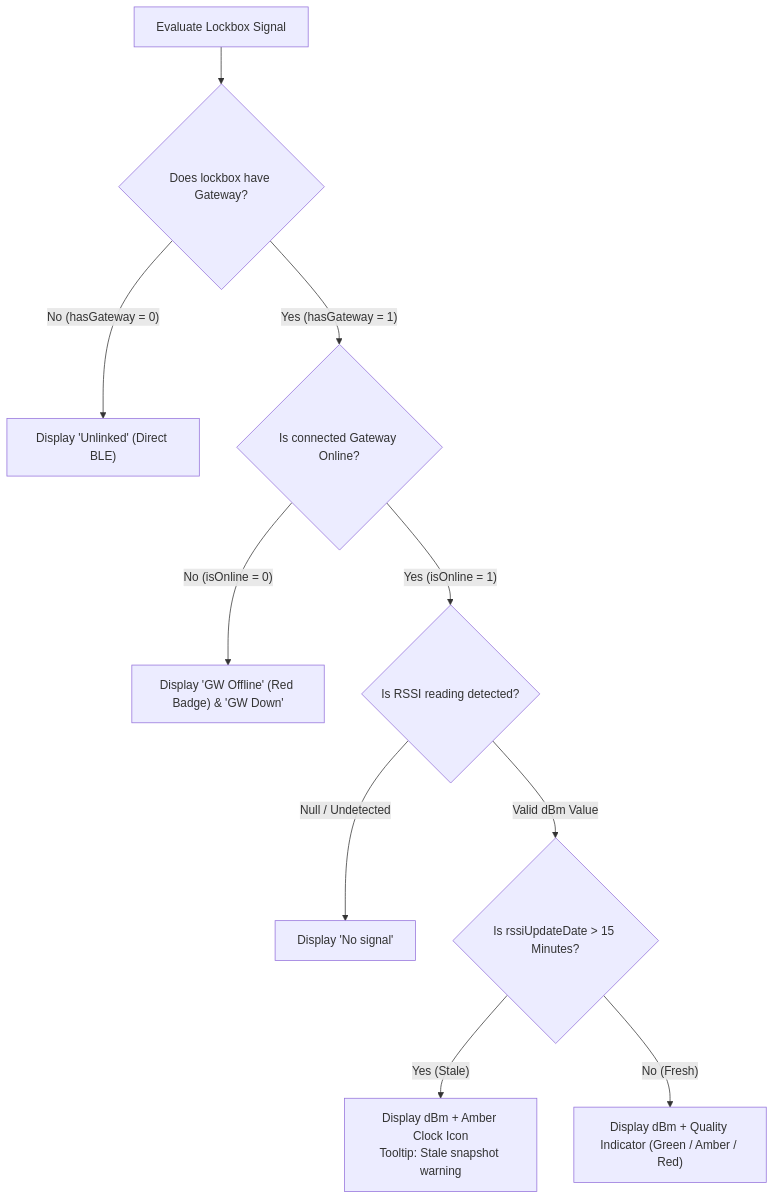
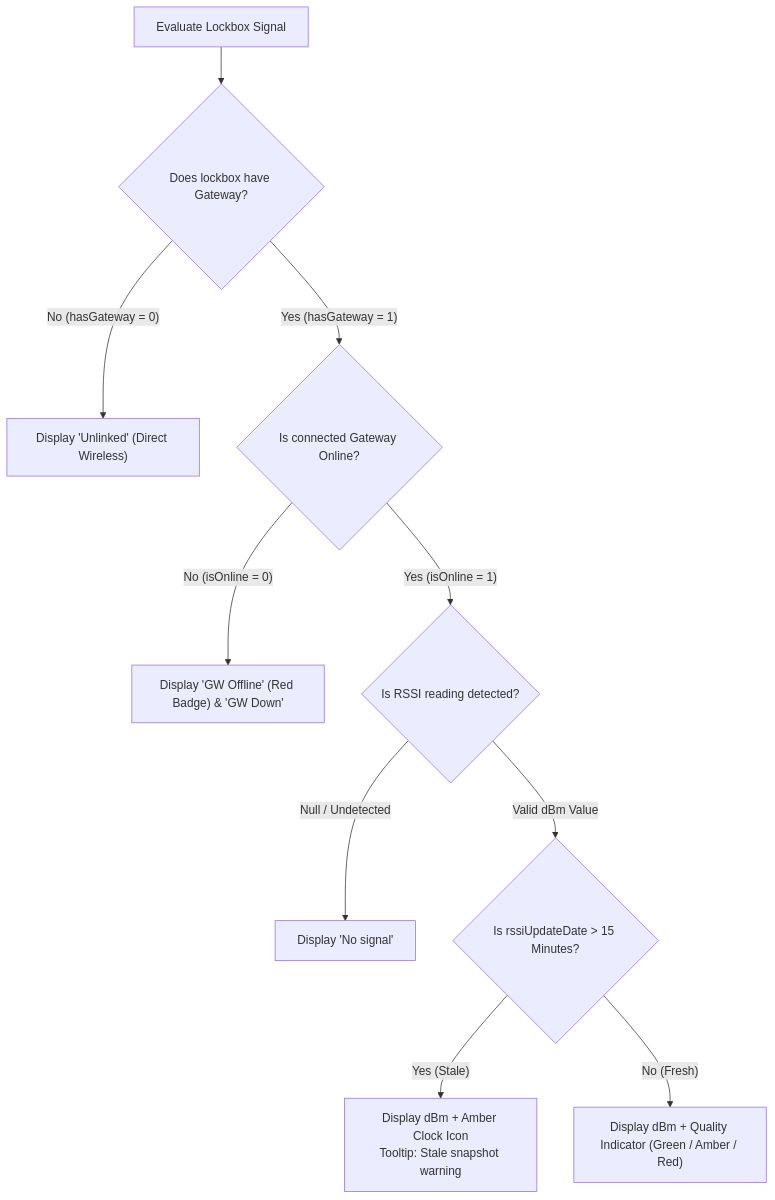
Before and after one commit to helmipradita/ttlock-dashboard: the sixth of 11 diagrams in docs/ARCHITECTURE.md, drawn with Mermaid. The commit also changed other lines of this file and 42 other files, not shown here.

````diff
--- a/docs/ARCHITECTURE.md
+++ b/docs/ARCHITECTURE.md
@@ -160,15 +161,15 @@
 ```mermaid
 flowchart TD
     Start["Evaluate Lockbox Signal"] --> CheckGW{"Does lockbox have Gateway?"}
-    CheckGW -- "No (hasGateway = 0)" --> Unlinked["Display 'Unlinked' (Direct BLE)"]
+    CheckGW -- "No (hasGateway = 0)" --> Unlinked["Display 'Unlinked' (Direct Wireless)"]
     CheckGW -- "Yes (hasGateway = 1)" --> CheckGWOnline{"Is connected Gateway Online?"}
     
     CheckGWOnline -- "No (isOnline = 0)" --> GWOffline["Display 'GW Offline' (Red Badge) & 'GW Down'"]
     CheckGWOnline -- "Yes (isOnline = 1)" --> CheckRSSI{"Is RSSI reading detected?"}
     
     CheckRSSI -- "Null / Undetected" --> NoSig["Display 'No signal'"]
     CheckRSSI -- "Valid dBm Value" --> CheckAge{"Is rssiUpdateDate > 15 Minutes?"}
     
     CheckAge -- "Yes (Stale)" --> StaleRender["Display dBm + Amber Clock Icon<br/>Tooltip: Stale snapshot warning"]
     CheckAge -- "No (Fresh)" --> LiveRender["Display dBm + Quality Indicator (Green / Amber / Red)"]
 ```
````
